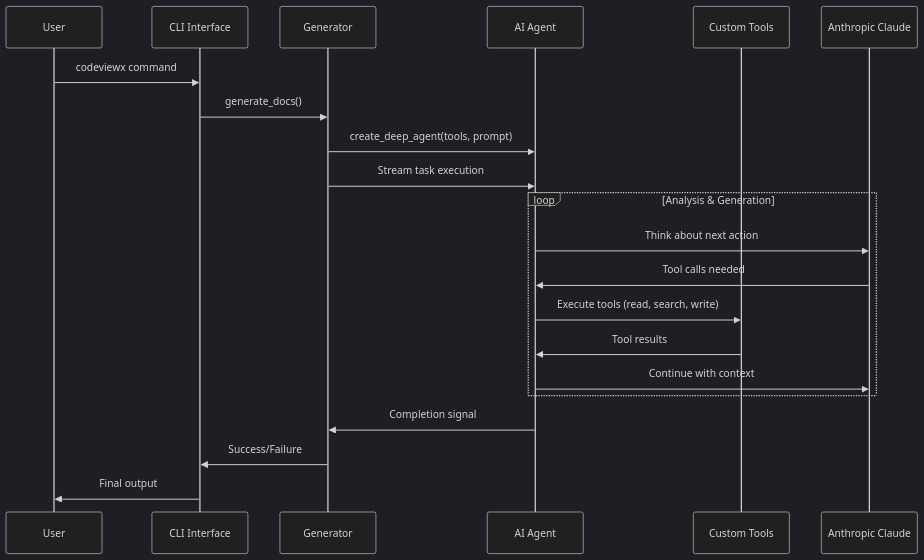
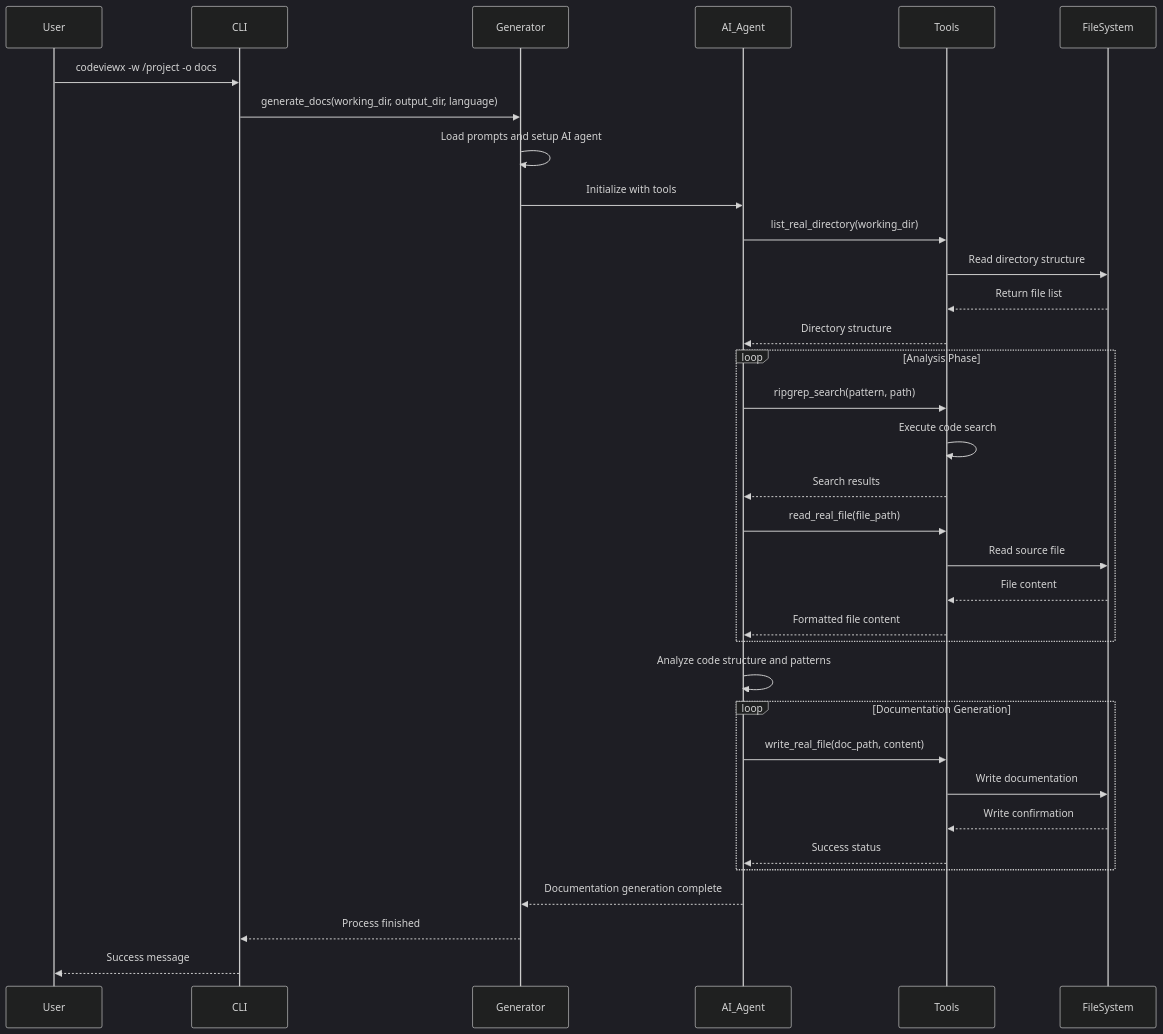
The second of 4 diagrams in docs/en/03-architecture.md (dean2021/codeviewx), drawn with Mermaid (dark theme) before and after one commit. The commit also changed other lines of this file and 5 other files, not shown here.

First line of the commit message:
docs: Update documentation structure and include additional files for CodeViewX

````diff
--- a/docs/en/03-architecture.md
+++ b/docs/en/03-architecture.md
@@ -139,26 +221,41 @@
 ```mermaid
 sequenceDiagram
-    participant User as User
-    participant CLI as CLI Interface
-    participant Gen as Generator
-    participant Agent as AI Agent
-    participant Tools as Custom Tools
-    participant Anthropic as Anthropic Claude
+    participant User
+    participant CLI
+    participant Generator
+    participant AI_Agent
+    participant Tools
+    participant FileSystem
     
-    User->>CLI: codeviewx command
-    CLI->>Gen: generate_docs()
-    Gen->>Agent: create_deep_agent(tools, prompt)
-    Gen->>Agent: Stream task execution
+    User->>CLI: codeviewx -w /project -o docs
+    CLI->>Generator: generate_docs(working_dir, output_dir, language)
+    Generator->>Generator: Load prompts and setup AI agent
+    Generator->>AI_Agent: Initialize with tools
+    AI_Agent->>Tools: list_real_directory(working_dir)
+    Tools->>FileSystem: Read directory structure
+    FileSystem-->>Tools: Return file list
+    Tools-->>AI_Agent: Directory structure
     
-    loop Analysis & Generation
-        Agent->>Anthropic: Think about next action
-        Anthropic->>Agent: Tool calls needed
-        Agent->>Tools: Execute tools (read, search, write)
-        Tools->>Agent: Tool results
-        Agent->>Anthropic: Continue with context
+    loop Analysis Phase
+        AI_Agent->>Tools: ripgrep_search(pattern, path)
+        Tools->>Tools: Execute code search
+        Tools-->>AI_Agent: Search results
+        AI_Agent->>Tools: read_real_file(file_path)
+        Tools->>FileSystem: Read source file
+        FileSystem-->>Tools: File content
+        Tools-->>AI_Agent: Formatted file content
     end
     
-    Agent->>Gen: Completion signal
-    Gen->>CLI: Success/Failure
-    CLI->>User: Final output
+    AI_Agent->>AI_Agent: Analyze code structure and patterns
+    
+    loop Documentation Generation
+        AI_Agent->>Tools: write_real_file(doc_path, content)
+        Tools->>FileSystem: Write documentation
+        FileSystem-->>Tools: Write confirmation
+        Tools-->>AI_Agent: Success status
+    end
+    
+    AI_Agent-->>Generator: Documentation generation complete
+    Generator-->>CLI: Process finished
+    CLI-->>User: Success message
 ```
````
